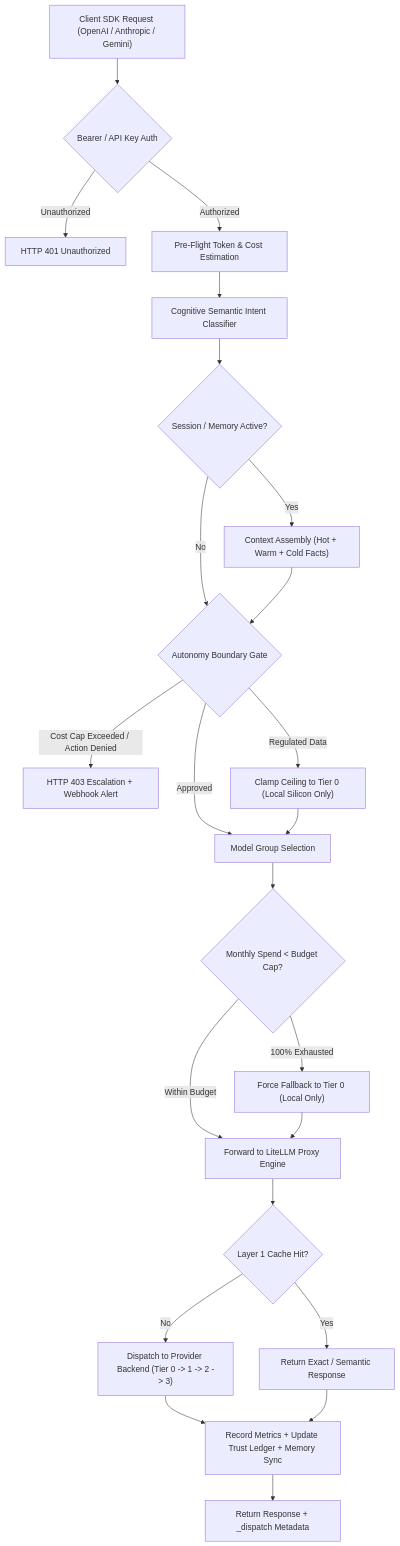
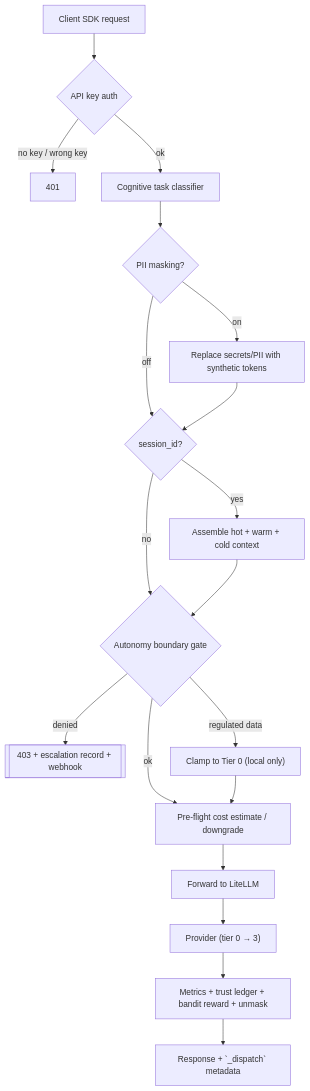
Before and after one commit to hoomanp/dispatch: the diagram in README.md, drawn with Mermaid. The commit also changed other lines of this file and 5 other files, not shown here.

First line of the commit message:
fix: repair gateway image, policy mount and eval schema; rewrite README

````diff
--- a/README.md
+++ b/README.md
@@ -81,31 +91,21 @@
 ```mermaid
 flowchart TD
-    Client["Client SDK Request (OpenAI / Anthropic / Gemini)"] --> Auth{"Bearer / API Key Auth"}
-    Auth -- Unauthorized --> Err401["HTTP 401 Unauthorized"]
-    Auth -- Authorized --> CostPreFlight["Pre-Flight Token & Cost Estimation"]
-    
-    CostPreFlight --> Classify["Cognitive Semantic Intent Classifier"]
-    Classify --> MemoryCheck{"Session / Memory Active?"}
-    MemoryCheck -- Yes --> InjectContext["Context Assembly (Hot + Warm + Cold Facts)"]
-    MemoryCheck -- No --> BoundaryGate
-    InjectContext --> BoundaryGate
-    
-    BoundaryGate{"Autonomy Boundary Gate"}
-    BoundaryGate -- "Cost Cap Exceeded / Action Denied" --> Escalate["HTTP 403 Escalation + Webhook Alert"]
-    BoundaryGate -- "Regulated Data" --> ClampLocal["Clamp Ceiling to Tier 0 (Local Silicon Only)"]
-    BoundaryGate -- "Approved" --> ModelSelect["Model Group Selection"]
-    ClampLocal --> ModelSelect
-    
-    ModelSelect --> BudgetCheck{"Monthly Spend < Budget Cap?"}
-    BudgetCheck -- "100% Exhausted" --> ForceTier0["Force Fallback to Tier 0 (Local Only)"]
-    BudgetCheck -- "Within Budget" --> LiteLLM["Forward to LiteLLM Proxy Engine"]
-    ForceTier0 --> LiteLLM
-    
-    LiteLLM --> CacheCheck{"Layer 1 Cache Hit?"}
-    CacheCheck -- Yes --> ReturnCache["Return Exact / Semantic Response"]
-    CacheCheck -- No --> ProviderDispatch["Dispatch to Provider Backend (Tier 0 -> 1 -> 2 -> 3)"]
-    
-    ProviderDispatch --> PostProcess["Record Metrics + Update Trust Ledger + Memory Sync"]
-    ReturnCache --> PostProcess
-    PostProcess --> ClientResponse["Return Response + _dispatch Metadata"]
+    Client["Client SDK request"] --> Auth{"API key auth"}
+    Auth -- "no key / wrong key" --> Err401["401"]
+    Auth -- ok --> Classify["Cognitive task classifier"]
+    Classify --> Mask{"PII masking?"}
+    Mask -- on --> Masked["Replace secrets/PII with synthetic tokens"]
+    Mask -- off --> Mem
+    Masked --> Mem{"session_id?"}
+    Mem -- yes --> Ctx["Assemble hot + warm + cold context"]
+    Mem -- no --> Gate
+    Ctx --> Gate{"Autonomy boundary gate"}
+    Gate -- "denied" --> Esc[["403 + escalation record + webhook"]]
+    Gate -- "regulated data" --> Clamp["Clamp to Tier 0 (local only)"]
+    Gate -- ok --> Cost["Pre-flight cost estimate / downgrade"]
+    Clamp --> Cost
+    Cost --> LiteLLM["Forward to LiteLLM"]
+    LiteLLM --> Provider["Provider (tier 0 → 3)"]
+    Provider --> Post["Metrics + trust ledger + bandit reward + unmask"]
+    Post --> Out["Response + `_dispatch` metadata"]
 ```
````
